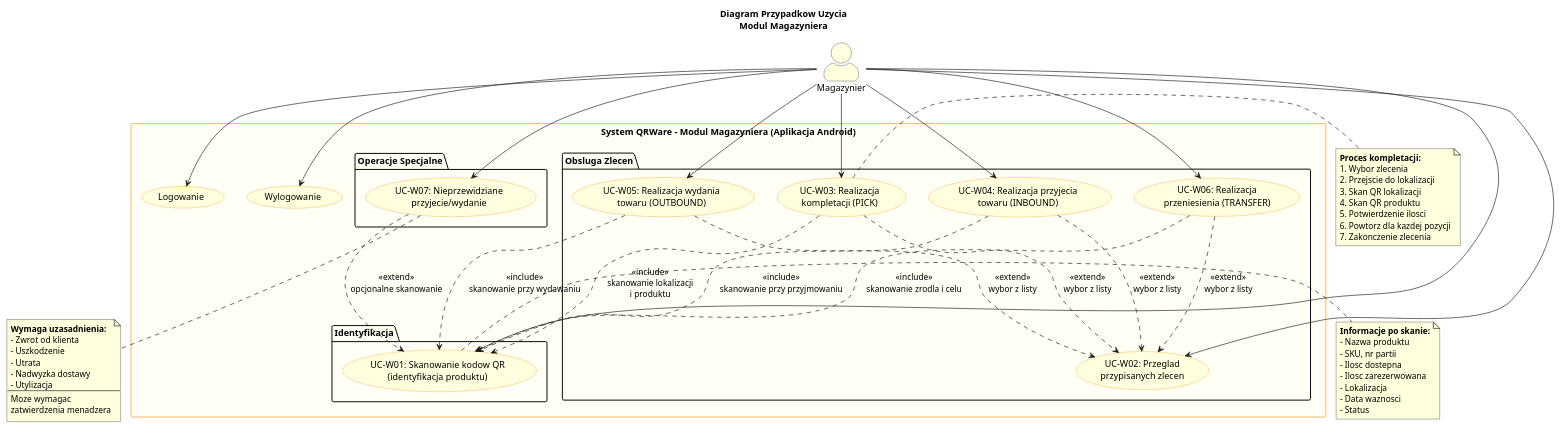
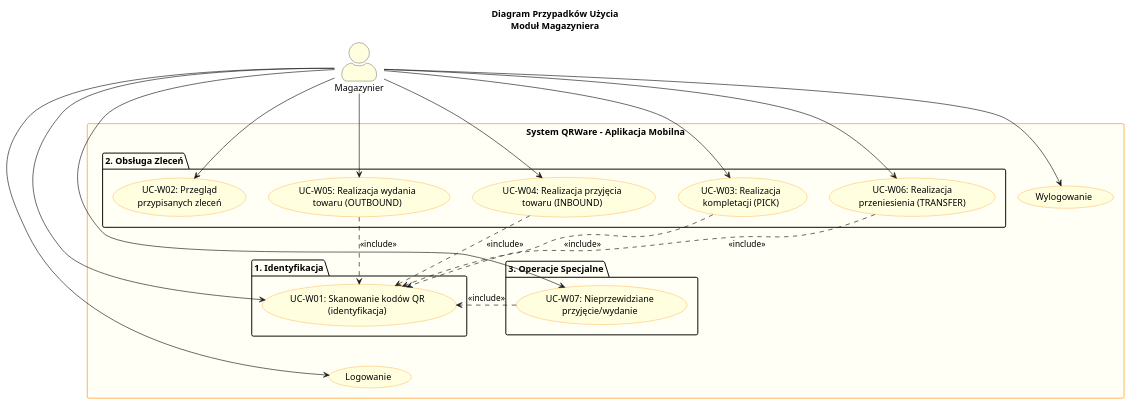
The diagram in diagrams/use_case_worker.puml (jantom38/QRWare1), drawn with PlantUML before and after one commit. The commit also changed 135 other files, not shown here.

```diff
--- a/diagrams/use_case_worker.puml
+++ b/diagrams/use_case_worker.puml
@@ -1,97 +1,67 @@
-@startuml Use Case - Modul Magazyniera
+@startuml Use Case - Modul Magazyniera - Pionowy
+
+top to bottom direction
 
 skinparam actorStyle awesome
 skinparam usecase {
     BackgroundColor LightYellow
     BorderColor DarkOrange
 }
 skinparam rectangle {
     BackgroundColor #FFFFF5
     BorderColor DarkOrange
 }
 
-title Diagram Przypadkow Uzycia\nModul Magazyniera
+title Diagram Przypadków Użycia\nModuł Magazyniera
 
 actor "Magazynier" as Worker #LightYellow
 
-rectangle "System QRWare - Modul Magazyniera (Aplikacja Android)" {
+rectangle "System QRWare - Aplikacja Mobilna" {
     
-    package "Identyfikacja" {
-        usecase "UC-W01: Skanowanie kodow QR\n(identyfikacja produktu)" as UC_W01
+    package "1. Identyfikacja" {
+        usecase "UC-W01: Skanowanie kodów QR\n(identyfikacja)" as UC_W01
     }
     
-    package "Obsluga Zlecen" {
-        usecase "UC-W02: Przeglad\nprzypisanych zlecen" as UC_W02
+    package "2. Obsługa Zleceń" {
+        usecase "UC-W02: Przegląd\nprzypisanych zleceń" as UC_W02
         usecase "UC-W03: Realizacja\nkompletacji (PICK)" as UC_W03
-        usecase "UC-W04: Realizacja przyjecia\ntowaru (INBOUND)" as UC_W04
+        usecase "UC-W04: Realizacja przyjęcia\ntowaru (INBOUND)" as UC_W04
         usecase "UC-W05: Realizacja wydania\ntowaru (OUTBOUND)" as UC_W05
         usecase "UC-W06: Realizacja\nprzeniesienia (TRANSFER)" as UC_W06
     }
     
-    package "Operacje Specjalne" {
-        usecase "UC-W07: Nieprzewidziane\nprzyjecie/wydanie" as UC_W07
+    package "3. Operacje Specjalne" {
+        usecase "UC-W07: Nieprzewidziane\nprzyjęcie/wydanie" as UC_W07
     }
     
     usecase "Logowanie" as Login
     usecase "Wylogowanie" as Logout
 }
 
 ' Relacje aktora
 Worker --> UC_W01
 Worker --> UC_W02
 Worker --> UC_W03
 Worker --> UC_W04
 Worker --> UC_W05
 Worker --> UC_W06
 Worker --> UC_W07
 Worker --> Login
 Worker --> Logout
 
-' Relacje miedzy UC - skanowanie jest czescia kazdej operacji
-UC_W03 ..> UC_W01 : <<include>>\nskanowanie lokalizacji\ni produktu
-UC_W04 ..> UC_W01 : <<include>>\nskanowanie przy przyjmowaniu
-UC_W05 ..> UC_W01 : <<include>>\nskanowanie przy wydawaniu
-UC_W06 ..> UC_W01 : <<include>>\nskanowanie zrodla i celu
-UC_W07 ..> UC_W01 : <<extend>>\nopcjonalne skanowanie
+' Relacje miedzy UC
+UC_W03 ..> UC_W01 : <<include>>
+UC_W04 ..> UC_W01 : <<include>>
+UC_W05 ..> UC_W01 : <<include>>
+UC_W06 ..> UC_W01 : <<include>>
+UC_W07 ..> UC_W01 : <<include>>
 
-' Relacja z lista zlecen
-UC_W03 ..> UC_W02 : <<extend>>\nwybor z listy
-UC_W04 ..> UC_W02 : <<extend>>\nwybor z listy
-UC_W05 ..> UC_W02 : <<extend>>\nwybor z listy
-UC_W06 ..> UC_W02 : <<extend>>\nwybor z listy
-
-note right of UC_W01
-  **Informacje po skanie:**
-  - Nazwa produktu
-  - SKU, nr partii
-  - Ilosc dostepna
-  - Ilosc zarezerwowana
-  - Lokalizacja
-  - Data waznosci
-  - Status
-end note
-
-note right of UC_W03
-  **Proces kompletacji:**
-  1. Wybor zlecenia
-  2. Przejscie do lokalizacji
-  3. Skan QR lokalizacji
-  4. Skan QR produktu
-  5. Potwierdzenie ilosci
-  6. Powtorz dla kazdej pozycji
-  7. Zakonczenie zlecenia
-end note
-
-note bottom of UC_W07
-  **Wymaga uzasadnienia:**
-  - Zwrot od klienta
-  - Uszkodzenie
-  - Utrata
-  - Nadwyzka dostawy
-  - Utylizacja
-  --
-  Moze wymagac
-  zatwierdzenia menadzera
-end note
+' === SEKCJA LAYOUT (Wymuszanie pionu) ===
+' Skanowanie na samej górze
+UC_W01 -[hidden]-> UC_W02
+' Zlecenia nad operacjami specjalnymi
+UC_W06 -[hidden]-> UC_W07
+' Logowanie na dole
+UC_W07 -[hidden]-> Login
 
 @enduml
```
